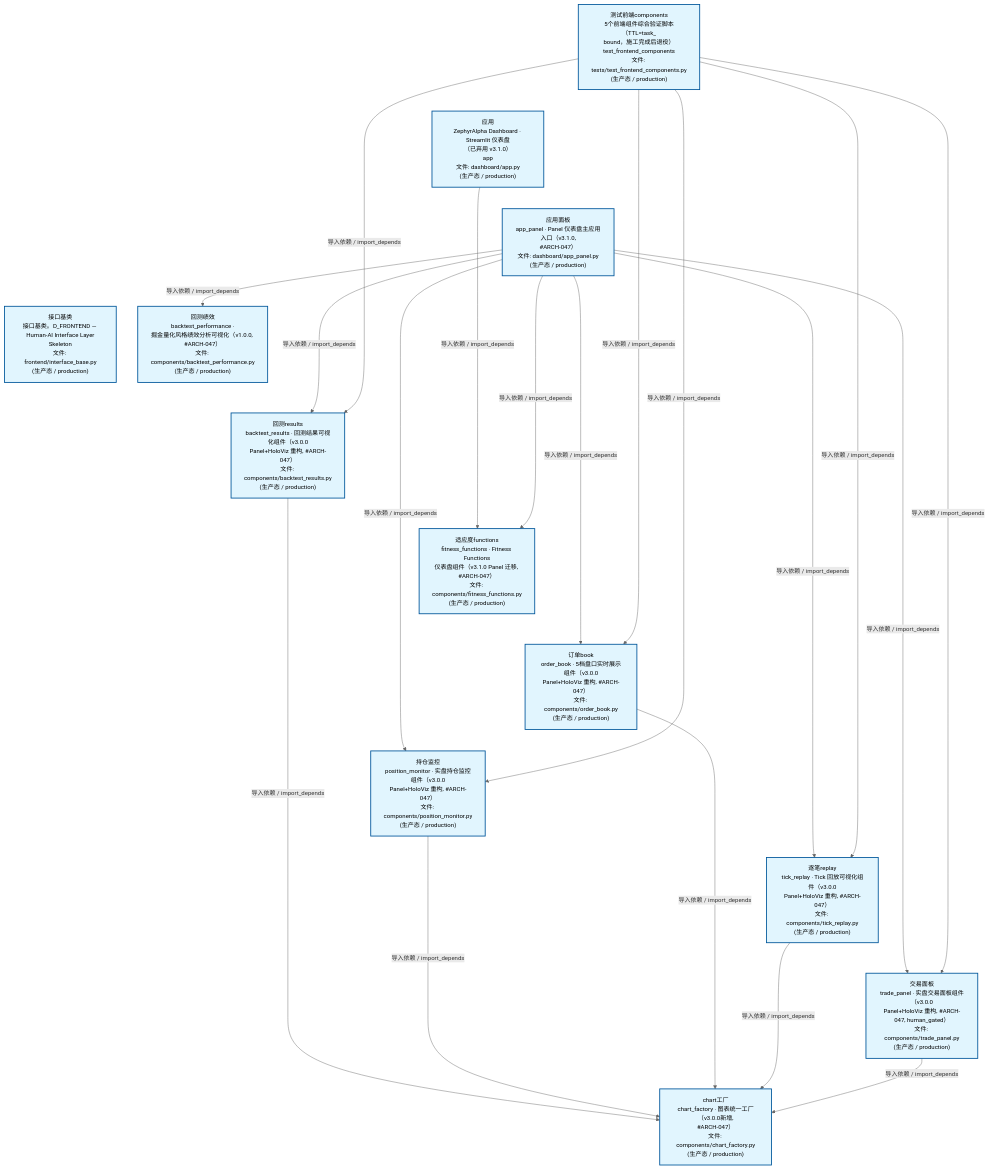
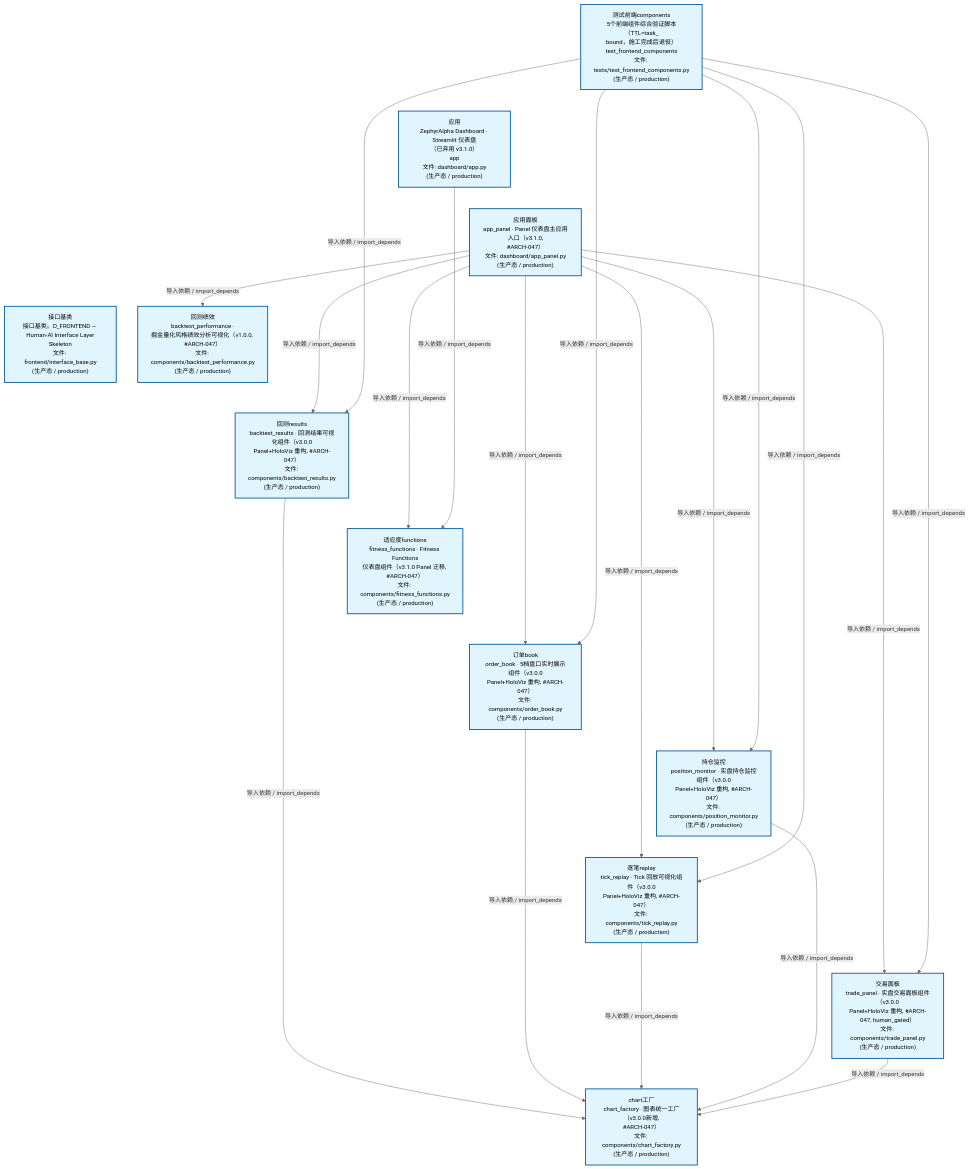
Before and after one commit to xuanFelixVan/ZephyrAlpha: the second of 4 diagrams in docs/02_enterprise_architecture/02_domain_architecture_docs/47_d_frontend.md, drawn with Mermaid. The commit also changed other lines of this file and 61 other files, not shown here.

````diff
--- a/docs/02_enterprise_architecture/02_domain_architecture_docs/47_d_frontend.md
+++ b/docs/02_enterprise_architecture/02_domain_architecture_docs/47_d_frontend.md
@@ -124,48 +124,48 @@
 ```mermaid
 %%{init: {'theme': 'base', 'themeVariables': {'primaryColor': '#eaeaea', 'primaryTextColor': '#333333', 'primaryBorderColor': '#666666', 'lineColor': '#666666', 'secondaryColor': '#eaeaea', 'tertiaryColor': '#eaeaea', 'fontSize': '14px'}}}%%
 flowchart TD
     scripts_tests_test_frontend_components_py["测试前端components<br/>5个前端组件综合验证脚本（TTL=task_<br/>bound，施工完成后退役）<br/>test_frontend_components<br/>文件: tests/test_frontend_components.py<br/>(生产态 / production)"]
     src_zephyr_frontend_dashboard_app_py["应用<br/>ZephyrAlpha Dashboard · Streamlit 仪表盘<br/>（已弃用 v3.1.0）<br/>app<br/>文件: dashboard/app.py<br/>(生产态 / production)"]
     src_zephyr_frontend_dashboard_app_panel_py["应用面板<br/>app_panel · Panel 仪表盘主应用入口（v3.1.0,<br/>#ARCH-047）<br/>文件: dashboard/app_panel.py<br/>(生产态 / production)"]
     src_zephyr_frontend_interface_base_py["接口基类<br/>接口基类。D_FRONTEND — Human-AI Interface Layer<br/>Skeleton<br/>文件: frontend/interface_base.py<br/>(生产态 / production)"]
     scripts_tests_test_frontend_components_py ~~~ src_zephyr_frontend_dashboard_app_py
     src_zephyr_frontend_dashboard_app_py ~~~ src_zephyr_frontend_dashboard_app_panel_py
     src_zephyr_frontend_dashboard_app_panel_py ~~~ src_zephyr_frontend_interface_base_py
     src_zephyr_frontend_dashboard_components_backtest_performance_py["回测绩效<br/>backtest_performance ·<br/>掘金量化风格绩效分析可视化（v1.0.0, #ARCH-047）<br/>文件: components/backtest_performance.py<br/>(生产态 / production)"]
     src_zephyr_frontend_dashboard_components_backtest_results_py["回测results<br/>backtest_results · 回测结果可视化组件（v3.0.0<br/>Panel+HoloViz 重构, #ARCH-047）<br/>文件: components/backtest_results.py<br/>(生产态 / production)"]
     src_zephyr_frontend_dashboard_components_fitness_functions_py["适应度functions<br/>fitness_functions · Fitness Functions<br/>仪表盘组件（v3.1.0 Panel 迁移, #ARCH-047）<br/>文件: components/fitness_functions.py<br/>(生产态 / production)"]
     src_zephyr_frontend_dashboard_components_order_book_py["订单book<br/>order_book · 5档盘口实时展示组件（v3.0.0<br/>Panel+HoloViz 重构, #ARCH-047）<br/>文件: components/order_book.py<br/>(生产态 / production)"]
     src_zephyr_frontend_dashboard_components_position_monitor_py["持仓监控<br/>position_monitor · 实盘持仓监控组件（v3.0.0<br/>Panel+HoloViz 重构, #ARCH-047）<br/>文件: components/position_monitor.py<br/>(生产态 / production)"]
     src_zephyr_frontend_dashboard_components_tick_replay_py["逐笔replay<br/>tick_replay · Tick 回放可视化组件（v3.0.0<br/>Panel+HoloViz 重构, #ARCH-047）<br/>文件: components/tick_replay.py<br/>(生产态 / production)"]
     src_zephyr_frontend_dashboard_components_trade_panel_py["交易面板<br/>trade_panel · 实盘交易面板组件（v3.0.0<br/>Panel+HoloViz 重构, #ARCH-047, human_gated）<br/>文件: components/trade_panel.py<br/>(生产态 / production)"]
     src_zephyr_frontend_dashboard_components_backtest_performance_py ~~~ src_zephyr_frontend_dashboard_components_backtest_results_py
     src_zephyr_frontend_dashboard_components_backtest_results_py ~~~ src_zephyr_frontend_dashboard_components_fitness_functions_py
     src_zephyr_frontend_dashboard_components_fitness_functions_py ~~~ src_zephyr_frontend_dashboard_components_order_book_py
     src_zephyr_frontend_dashboard_components_order_book_py ~~~ src_zephyr_frontend_dashboard_components_position_monitor_py
     src_zephyr_frontend_dashboard_components_position_monitor_py ~~~ src_zephyr_frontend_dashboard_components_tick_replay_py
     src_zephyr_frontend_dashboard_components_tick_replay_py ~~~ src_zephyr_frontend_dashboard_components_trade_panel_py
     src_zephyr_frontend_dashboard_components_chart_factory_py["chart工厂<br/>chart_factory · 图表统一工厂（v3.0.0新增,<br/>#ARCH-047）<br/>文件: components/chart_factory.py<br/>(生产态 / production)"]
+    src_zephyr_frontend_dashboard_app_panel_py -->|导入依赖 / import_depends| src_zephyr_frontend_dashboard_components_backtest_performance_py
+    src_zephyr_frontend_dashboard_app_panel_py -->|导入依赖 / import_depends| src_zephyr_frontend_dashboard_components_backtest_results_py
+    src_zephyr_frontend_dashboard_app_panel_py -->|导入依赖 / import_depends| src_zephyr_frontend_dashboard_components_order_book_py
+    src_zephyr_frontend_dashboard_app_panel_py -->|导入依赖 / import_depends| src_zephyr_frontend_dashboard_components_fitness_functions_py
+    src_zephyr_frontend_dashboard_app_panel_py -->|导入依赖 / import_depends| src_zephyr_frontend_dashboard_components_tick_replay_py
+    src_zephyr_frontend_dashboard_app_panel_py -->|导入依赖 / import_depends| src_zephyr_frontend_dashboard_components_position_monitor_py
+    src_zephyr_frontend_dashboard_app_panel_py -->|导入依赖 / import_depends| src_zephyr_frontend_dashboard_components_trade_panel_py
+    src_zephyr_frontend_dashboard_components_backtest_results_py -->|导入依赖 / import_depends| src_zephyr_frontend_dashboard_components_chart_factory_py
     src_zephyr_frontend_dashboard_app_py -->|导入依赖 / import_depends| src_zephyr_frontend_dashboard_components_fitness_functions_py
-    src_zephyr_frontend_dashboard_components_backtest_results_py -->|导入依赖 / import_depends| src_zephyr_frontend_dashboard_components_chart_factory_py
-    src_zephyr_frontend_dashboard_components_position_monitor_py -->|导入依赖 / import_depends| src_zephyr_frontend_dashboard_components_chart_factory_py
     src_zephyr_frontend_dashboard_components_order_book_py -->|导入依赖 / import_depends| src_zephyr_frontend_dashboard_components_chart_factory_py
     src_zephyr_frontend_dashboard_components_tick_replay_py -->|导入依赖 / import_depends| src_zephyr_frontend_dashboard_components_chart_factory_py
+    src_zephyr_frontend_dashboard_components_position_monitor_py -->|导入依赖 / import_depends| src_zephyr_frontend_dashboard_components_chart_factory_py
     src_zephyr_frontend_dashboard_components_trade_panel_py -->|导入依赖 / import_depends| src_zephyr_frontend_dashboard_components_chart_factory_py
-    src_zephyr_frontend_dashboard_app_panel_py -->|导入依赖 / import_depends| src_zephyr_frontend_dashboard_components_backtest_performance_py
-    src_zephyr_frontend_dashboard_app_panel_py -->|导入依赖 / import_depends| src_zephyr_frontend_dashboard_components_backtest_results_py
-    src_zephyr_frontend_dashboard_app_panel_py -->|导入依赖 / import_depends| src_zephyr_frontend_dashboard_components_fitness_functions_py
-    src_zephyr_frontend_dashboard_app_panel_py -->|导入依赖 / import_depends| src_zephyr_frontend_dashboard_components_position_monitor_py
-    src_zephyr_frontend_dashboard_app_panel_py -->|导入依赖 / import_depends| src_zephyr_frontend_dashboard_components_order_book_py
-    src_zephyr_frontend_dashboard_app_panel_py -->|导入依赖 / import_depends| src_zephyr_frontend_dashboard_components_tick_replay_py
-    src_zephyr_frontend_dashboard_app_panel_py -->|导入依赖 / import_depends| src_zephyr_frontend_dashboard_components_trade_panel_py
     scripts_tests_test_frontend_components_py -->|导入依赖 / import_depends| src_zephyr_frontend_dashboard_components_backtest_results_py
-    scripts_tests_test_frontend_components_py -->|导入依赖 / import_depends| src_zephyr_frontend_dashboard_components_position_monitor_py
     scripts_tests_test_frontend_components_py -->|导入依赖 / import_depends| src_zephyr_frontend_dashboard_components_order_book_py
     scripts_tests_test_frontend_components_py -->|导入依赖 / import_depends| src_zephyr_frontend_dashboard_components_tick_replay_py
+    scripts_tests_test_frontend_components_py -->|导入依赖 / import_depends| src_zephyr_frontend_dashboard_components_position_monitor_py
     scripts_tests_test_frontend_components_py -->|导入依赖 / import_depends| src_zephyr_frontend_dashboard_components_trade_panel_py
     classDef production fill:#e1f5fe,stroke:#01579b,stroke-width:2px,color:#000
     classDef design fill:#fff3e0,stroke:#e65100,stroke-width:2px,color:#000,stroke-dasharray: 5 5
     classDef external_prod fill:#e8f4fd,stroke:#0277bd,stroke-width:1px,color:#000
     classDef external_design fill:#fff8e7,stroke:#ef6c00,stroke-width:1px,color:#000,stroke-dasharray: 5 5
     class scripts_tests_test_frontend_components_py,src_zephyr_frontend_dashboard_app_py,src_zephyr_frontend_dashboard_app_panel_py,src_zephyr_frontend_dashboard_components_backtest_performance_py,src_zephyr_frontend_dashboard_components_backtest_results_py,src_zephyr_frontend_dashboard_components_chart_factory_py,src_zephyr_frontend_dashboard_components_fitness_functions_py,src_zephyr_frontend_dashboard_components_order_book_py,src_zephyr_frontend_dashboard_components_position_monitor_py,src_zephyr_frontend_dashboard_components_tick_replay_py,src_zephyr_frontend_dashboard_components_trade_panel_py,src_zephyr_frontend_interface_base_py production
 ```
````
